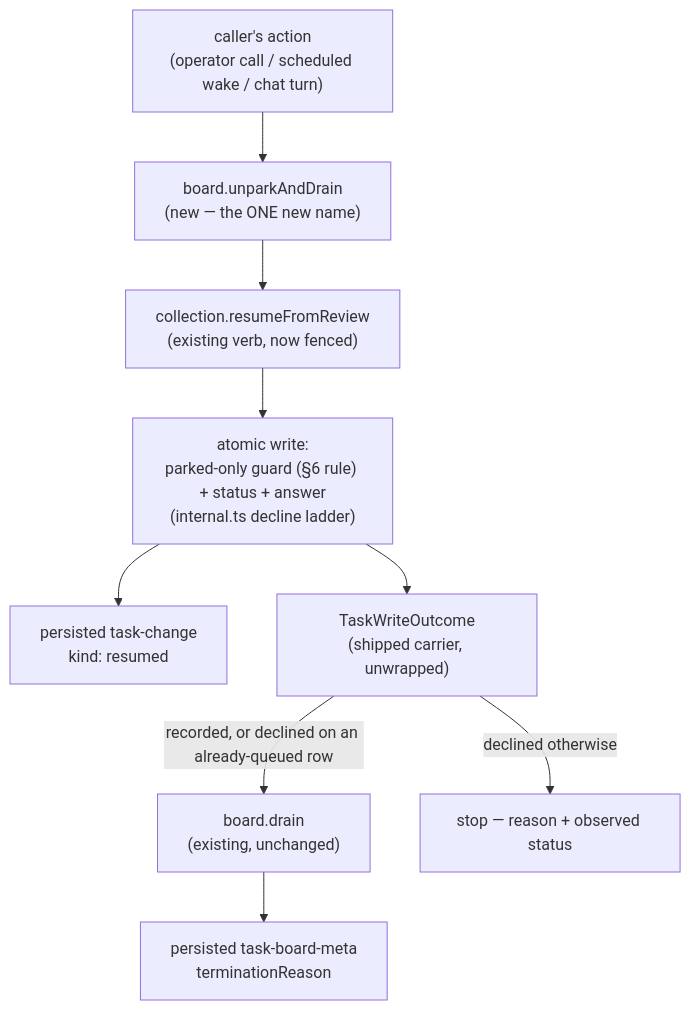
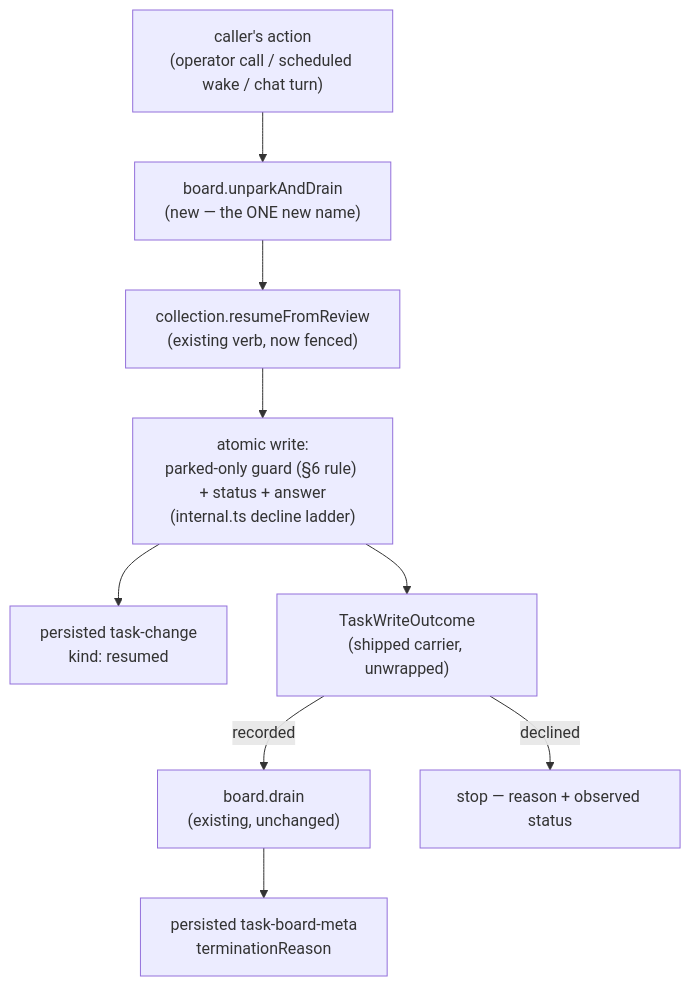
Before and after one commit to fixpoint-labs/flow-state-dev: the diagram in spec/FIX-1244.md, drawn with Mermaid. The commit also changed other lines of this file, not shown here.

First line of the commit message:
spec(FIX-1244): fold the architect's ruling — cut the crash-recovery claim, take the throw

````diff
--- a/spec/FIX-1244.md
+++ b/spec/FIX-1244.md
@@ -243,12 +247,12 @@
 ```mermaid
 flowchart TD
   A["caller's action<br/>(operator call / scheduled wake / chat turn)"]
   A --> B["board.unparkAndDrain<br/>(new — the ONE new name)"]
   B --> F["collection.resumeFromReview<br/>(existing verb, now fenced)"]
   F --> G["atomic write:<br/>parked-only guard (§6 rule) + status + answer<br/>(internal.ts decline ladder)"]
   G --> H["persisted task-change<br/>kind: resumed"]
   G --> O["TaskWriteOutcome<br/>(shipped carrier, unwrapped)"]
-  O -->|"recorded, or declined on an already-queued row"| D["board.drain<br/>(existing, unchanged)"]
-  O -->|"declined otherwise"| E["stop — reason + observed status"]
+  O -->|"recorded"| D["board.drain<br/>(existing, unchanged)"]
+  O -->|"declined"| E["stop — reason + observed status"]
   D --> I["persisted task-board-meta<br/>terminationReason"]
 ```
````
